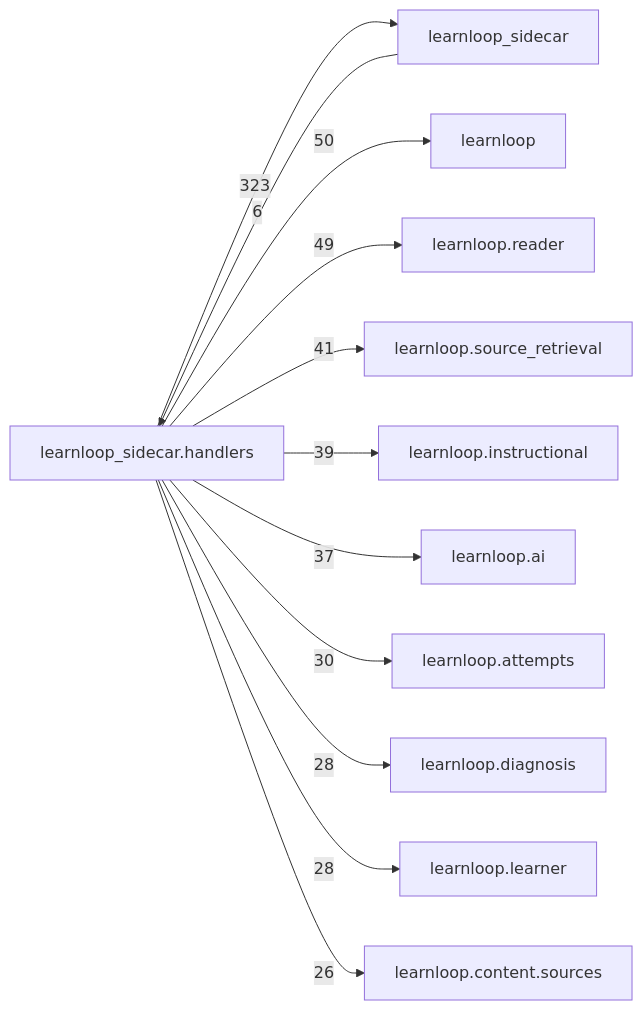
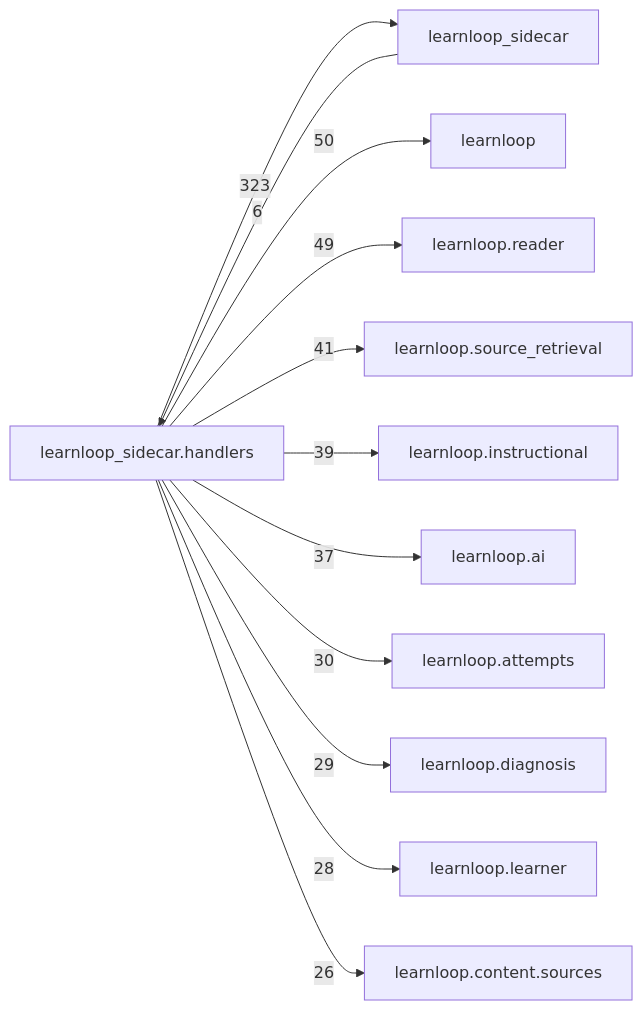
The diagram in docs/learnloop-architecture-vault/Reference/Modules/learnloop_sidecar/handlers/_package.md (6up-b/learnanything), drawn with Mermaid before and after one commit. The commit also changed other lines of this file and 32 other files, not shown here.

````diff
--- a/docs/learnloop-architecture-vault/Reference/Modules/learnloop_sidecar/handlers/_package.md
+++ b/docs/learnloop-architecture-vault/Reference/Modules/learnloop_sidecar/handlers/_package.md
@@ -260,25 +260,25 @@
 ```mermaid
 flowchart LR
     center["learnloop_sidecar.handlers"]
     n_learnloop_sidecar["learnloop_sidecar"]
     n_learnloop["learnloop"]
     n_learnloop_reader["learnloop.reader"]
     n_learnloop_source_retrieval["learnloop.source_retrieval"]
     n_learnloop_instructional["learnloop.instructional"]
     n_learnloop_ai["learnloop.ai"]
     n_learnloop_attempts["learnloop.attempts"]
     n_learnloop_diagnosis["learnloop.diagnosis"]
     n_learnloop_learner["learnloop.learner"]
     n_learnloop_content_sources["learnloop.content.sources"]
     n_learnloop_sidecar -->|6| center
     center -->|323| n_learnloop_sidecar
     center -->|50| n_learnloop
     center -->|49| n_learnloop_reader
     center -->|41| n_learnloop_source_retrieval
     center -->|39| n_learnloop_instructional
     center -->|37| n_learnloop_ai
     center -->|30| n_learnloop_attempts
-    center -->|28| n_learnloop_diagnosis
+    center -->|29| n_learnloop_diagnosis
     center -->|28| n_learnloop_learner
     center -->|26| n_learnloop_content_sources
 ```
````
